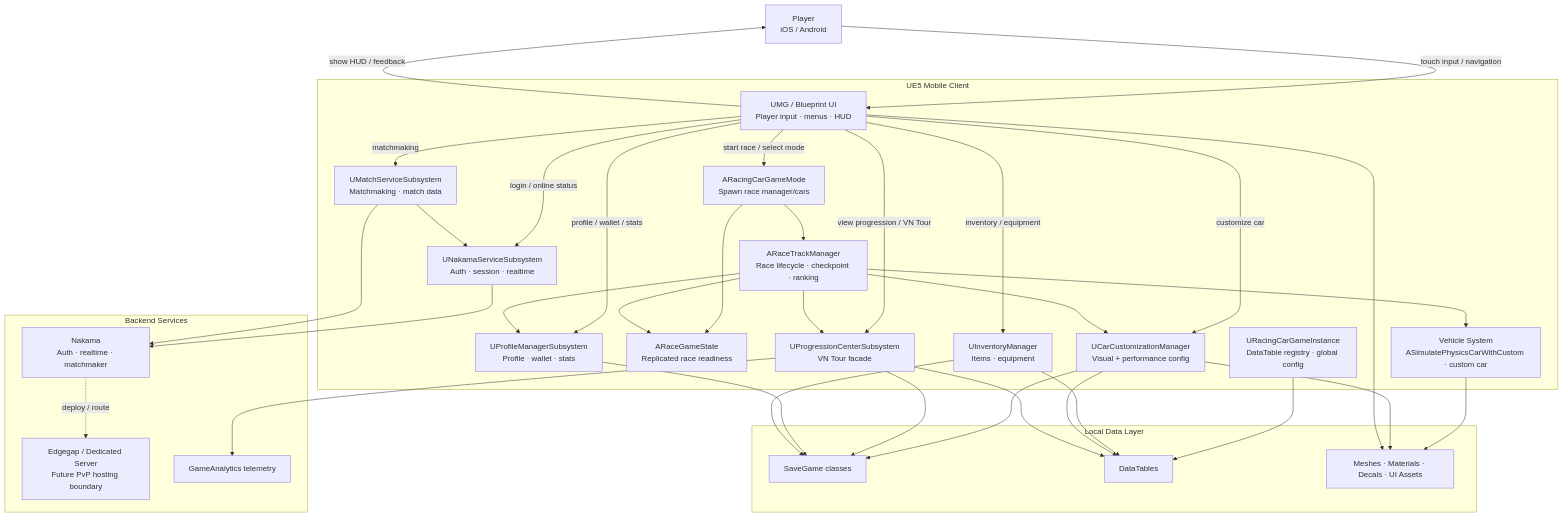
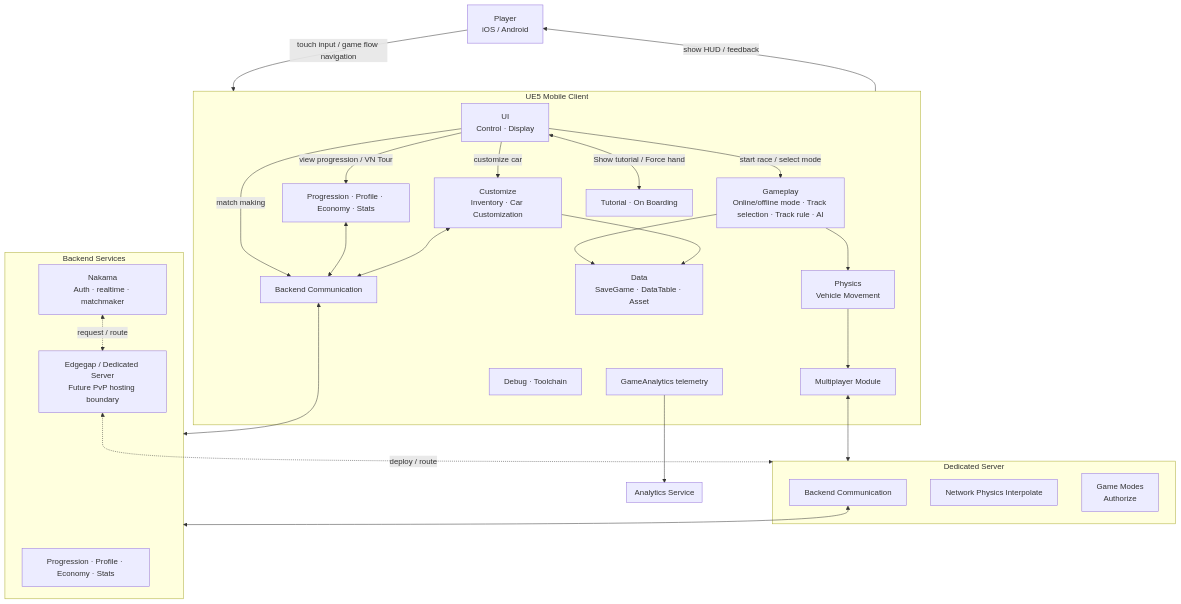
Before and after one commit to Click-Game-Studio/VNRacing: the first of 14 diagrams in Docs/VNRacing_HLD.md, drawn with Mermaid. The commit also changed other lines of this file, not shown here.

````diff
--- a/Docs/VNRacing_HLD.md
+++ b/Docs/VNRacing_HLD.md
@@ -48,77 +57,57 @@
 ```mermaid
 graph TB
     USER["Player<br/>iOS / Android"]
 
     subgraph CLIENT["UE5 Mobile Client"]
-        UI["UMG / Blueprint UI<br/>Player input · menus · HUD"]
-
-        GI["URacingCarGameInstance<br/>DataTable registry · global config"]
-        GM["ARacingCarGameMode<br/>Spawn race manager/cars"]
-        GS["ARaceGameState<br/>Replicated race readiness"]
-        RTM["ARaceTrackManager<br/>Race lifecycle · checkpoint · ranking"]
-        VEH["Vehicle System<br/>ASimulatePhysicsCarWithCustom · custom car"]
-
-        CUST["UCarCustomizationManager<br/>Visual + performance config"]
-        PROG["UProgressionCenterSubsystem<br/>VN Tour facade"]
-        PROFILE["UProfileManagerSubsystem<br/>Profile · wallet · stats"]
-        INV["UInventoryManager<br/>Items · equipment"]
-        ONLINE["UNakamaServiceSubsystem<br/>Auth · session · realtime"]
-        MATCH["UMatchServiceSubsystem<br/>Matchmaking · match data"]
+        UI["UI\nControl · Display"]
+        C_GP["Gameplay\nOnline/offline mode · Track selection · Track rule · AI"]
+        C_CUST["Customize\nInventory · Car Customization"]
+        C_PH["Physics\nVehicle Movement"]
+        C_PG["Progression · Profile · Economy · Stats"]
+        C_DT["Data\nSaveGame · DataTable · Asset"]
+        C_BE_C["Backend Communication"]
+        C_GA["GameAnalytics telemetry"]
+        C_TUT["Tutorial · On Boarding"]
+        C_DBU["Debug · Toolchain"]
+        
+        C_MUL["Multiplayer Module"]
+    end
+    
+    subgraph BACKEND["Backend Services"]
+        BE_PG["Progression · Profile · Economy · Stats"]
+        NAK["Nakama<br/>Auth · realtime · matchmaker"]
+        EDGE["Edgegap / Dedicated Server<br/>Future PvP hosting boundary"]
     end
 
-    subgraph DATA["Local Data Layer"]
-        SG["SaveGame classes"]
-        DT["DataTables"]
-        ASSET["Meshes · Materials · Decals · UI Assets"]
+    subgraph ANALYTIC["Analytics Service"]
     end
 
-    subgraph BACKEND["Backend Services"]
-        NAK["Nakama<br/>Auth · realtime · matchmaker"]
-        EDGE["Edgegap / Dedicated Server<br/>Future PvP hosting boundary"]
-        GA["GameAnalytics telemetry"]
+    subgraph D_SV["Dedicated Server"]
+        S_BE_C["Backend Communication"]
+        S_PH["Network Physics Interpolate"]
+        S_GM["Game Modes\nAuthorize"]
     end
 
-    %% User-facing interaction
-    USER -->|"touch input / navigation"| UI
-    UI -->|"show HUD / feedback"| USER
+    USER -->|"touch input / game flow navigation"| CLIENT
+    CLIENT -->|"show HUD / feedback"| USER
 
-    %% UI to gameplay and systems
-    UI -->|"start race / select mode"| GM
-    UI -->|"customize car"| CUST
-    UI -->|"view progression / VN Tour"| PROG
-    UI -->|"profile / wallet / stats"| PROFILE
-    UI -->|"inventory / equipment"| INV
-    UI -->|"login / online status"| ONLINE
-    UI -->|"matchmaking"| MATCH
+    UI -->|"start race / select mode"| C_GP
+    UI -->|"customize car"| C_CUST
+    UI -->|"view progression / VN Tour"| C_PG
+    UI -->|"match making"| C_BE_C
+    UI <-->|"Show tutorial / Force hand"| C_TUT
 
-    %% Core race flow
-    GI --> DT
-    GM --> RTM
-    GM --> GS
-    RTM --> VEH
-    RTM --> PROG
-    RTM --> CUST
-    RTM --> PROFILE
-    RTM --> GS
+    C_PG <--> C_BE_C
+    C_CUST <--> C_BE_C
+    C_GP --> C_PH
+    C_BE_C <--> BACKEND
+    C_GA --> ANALYTIC
+    C_PH --> C_MUL
+    C_GP --> C_DT
+    C_CUST --> C_DT
 
-    %% Vehicle and asset usage
-    VEH --> ASSET
-    CUST --> ASSET
-    UI --> ASSET
-
-    %% Local data
-    CUST --> SG
-    PROG --> SG
-    PROFILE --> SG
-    INV --> SG
-    INV --> DT
-    CUST --> DT
-    PROG --> DT
-
-    %% Backend
-    ONLINE --> NAK
-    MATCH --> ONLINE
-    MATCH --> NAK
-    PROG --> GA
-    NAK -.deploy / route.-> EDGE
+    NAK <-.request / route.-> EDGE
+    EDGE <-.deploy / route.-> D_SV
+    C_MUL <--> D_SV
+    S_BE_C <--> BACKEND
 ```
````
